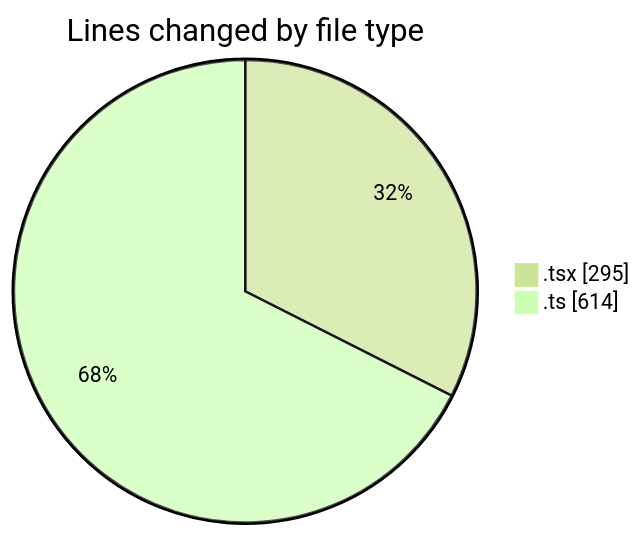
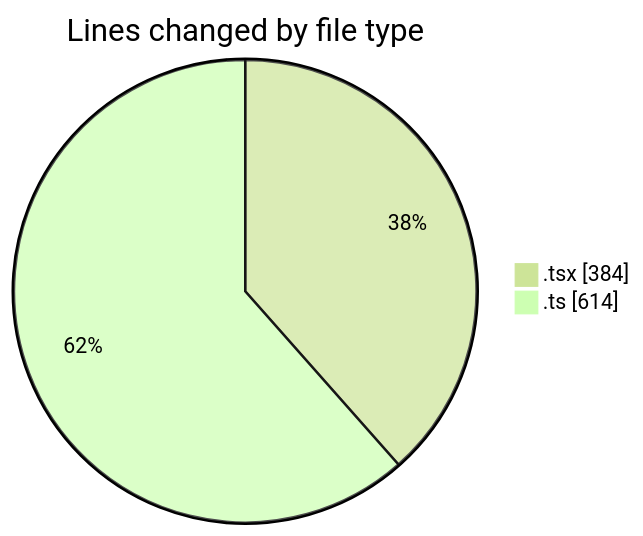
Before and after one commit to nxtqubesakshisongat/code-tracking: the first of 2 diagrams in 2026-05-18/nxtqube_webapp/README.md, drawn with Mermaid (forest theme). The commit also changed other lines of this file and 1 other file, not shown here.

````diff
--- a/2026-05-18/nxtqube_webapp/README.md
+++ b/2026-05-18/nxtqube_webapp/README.md
@@ -24,6 +24,6 @@
 ```mermaid
 pie showData
 title Lines changed by file type
-".tsx" : 295
+".tsx" : 384
 ".ts" : 614
 ```
````
